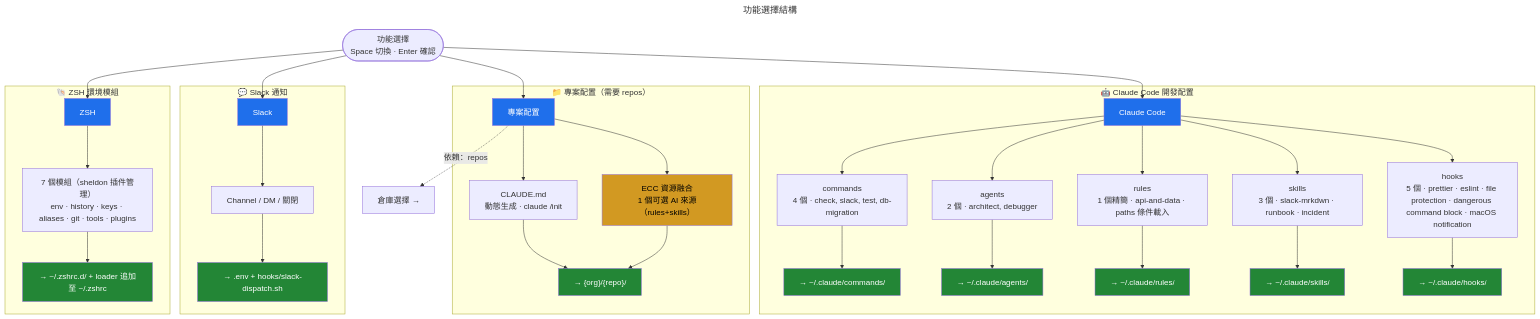
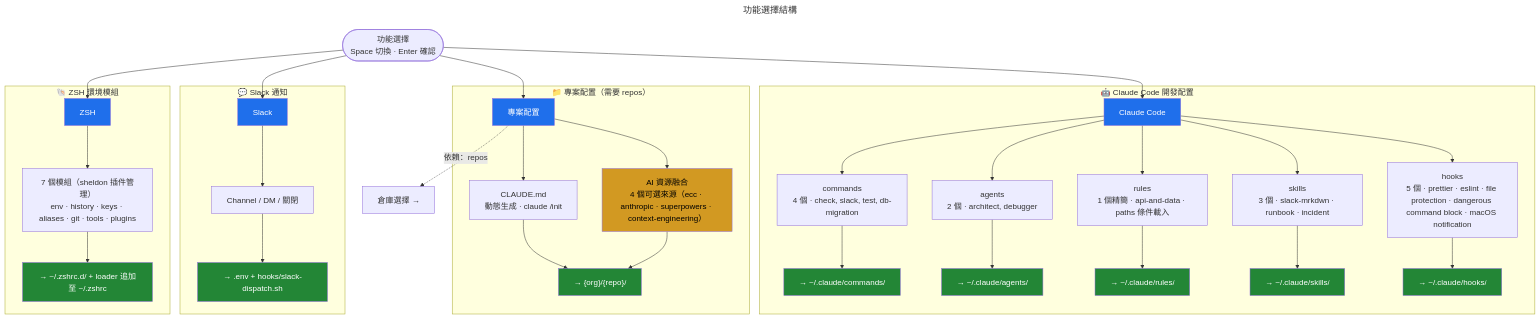
One commit to AlvinBian/ab-tao changed the diagram in apps/dotfiles/docs/flows/feature-map.mmd. Above: the diagram before and after it, drawn with Mermaid. The commit also changed 7 other files, not shown here.

```diff
--- a/apps/dotfiles/docs/flows/feature-map.mmd
+++ b/apps/dotfiles/docs/flows/feature-map.mmd
@@ -1,53 +1,53 @@
 ---
 title: 功能選擇結構
 description: 4 大功能、部署目標（Claude Code · 專案配置 · Slack · ZSH）
 links:
   - setup-main: 返回主流程
   - phase-execute: 安裝執行
 ---
 flowchart TD
     MS(["功能選擇<br/>Space 切換 · Enter 確認"]) --> C1 & C2 & C3 & C4
 
     subgraph C1G ["🤖 Claude Code 開發配置"]
         C1["Claude Code"]
         C1 --> CC1["commands<br/>4 個 · check, slack, test, db-migration"]
         C1 --> CC2["agents<br/>2 個 · architect, debugger"]
         C1 --> CC3["rules<br/>1 個精簡 · api-and-data · paths 條件載入"]
         C1 --> CC4["skills<br/>3 個 · slack-mrkdwn · runbook · incident"]
         C1 --> CC5["hooks<br/>5 個 · prettier · eslint · file protection · dangerous command block · macOS notification"]
         CC1 --> T1["→ ~/.claude/commands/"]
         CC2 --> T2["→ ~/.claude/agents/"]
         CC3 --> T3["→ ~/.claude/rules/"]
         CC4 --> T4["→ ~/.claude/skills/"]
         CC5 --> T5["→ ~/.claude/hooks/"]
     end
 
     subgraph C2G ["📁 專案配置（需要 repos）"]
         C2["專案配置"]
         C2 --> CM1["CLAUDE.md<br/>動態生成 · claude /init"]
-        C2 --> CM4["ECC 資源融合<br/>1 個可選 AI 來源（rules+skills）"]
+        C2 --> CM4["AI 資源融合<br/>4 個可選來源（ecc · anthropic · superpowers · context-engineering）"]
         CM1 --> CMT["→ {org}/{repo}/"]
         CM4 --> CMT
     end
 
     subgraph C3G ["💬 Slack 通知"]
         C3["Slack"]
         C3 --> S1["Channel / DM / 關閉"]
         S1 --> ST["→ .env + hooks/slack-dispatch.sh"]
     end
 
     subgraph C4G ["🐚 ZSH 環境模組"]
         C4["ZSH"]
         C4 --> Z1["7 個模組（sheldon 插件管理）<br/>env · history · keys · aliases · git · tools · plugins"]
         Z1 --> ZT["→ ~/.zshrc.d/ + loader 追加至 ~/.zshrc"]
     end
 
     C2 -.->|"依賴：repos"| RepoLink["倉庫選擇 →"]
 
     classDef feature fill:#1f6feb,color:#fff
     classDef target fill:#238636,color:#fff
     classDef optional fill:#d29922,color:#000
 
     class C1,C2,C3,C4 feature
     class T1,T2,T3,T4,T5,CMT,ST,ZT target
     class CM4 optional
```
